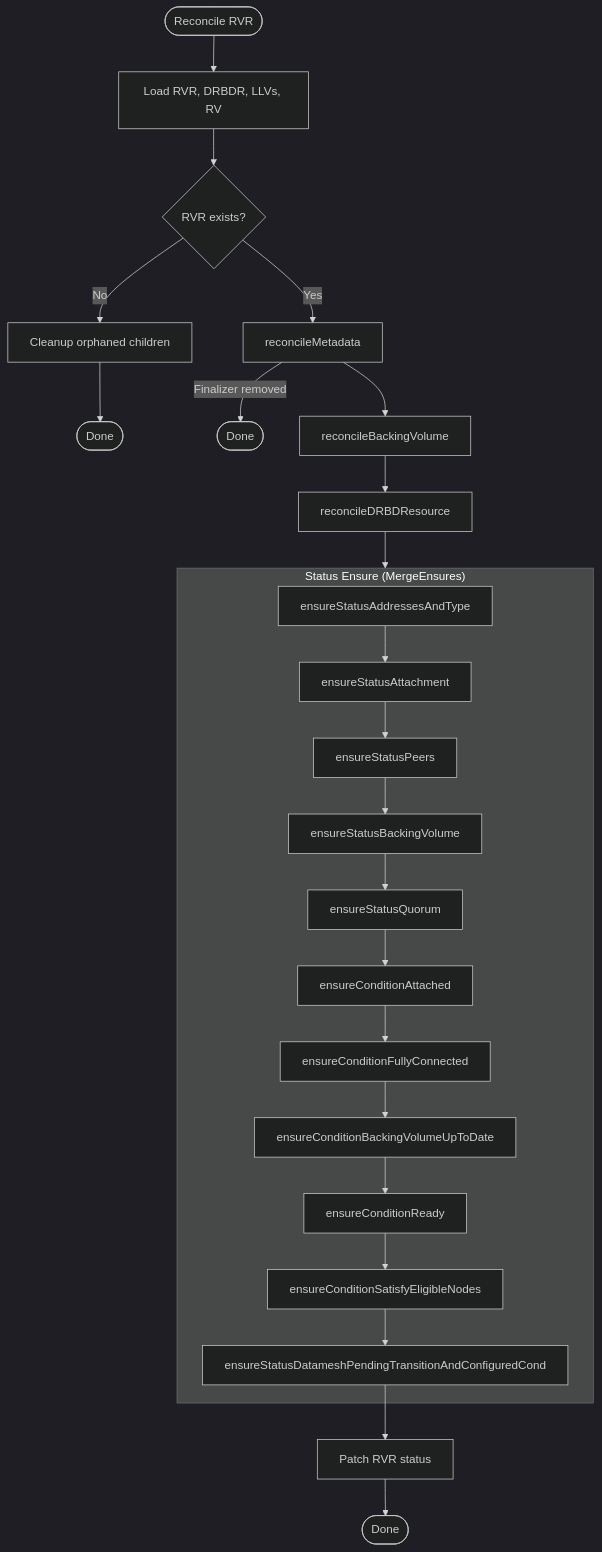
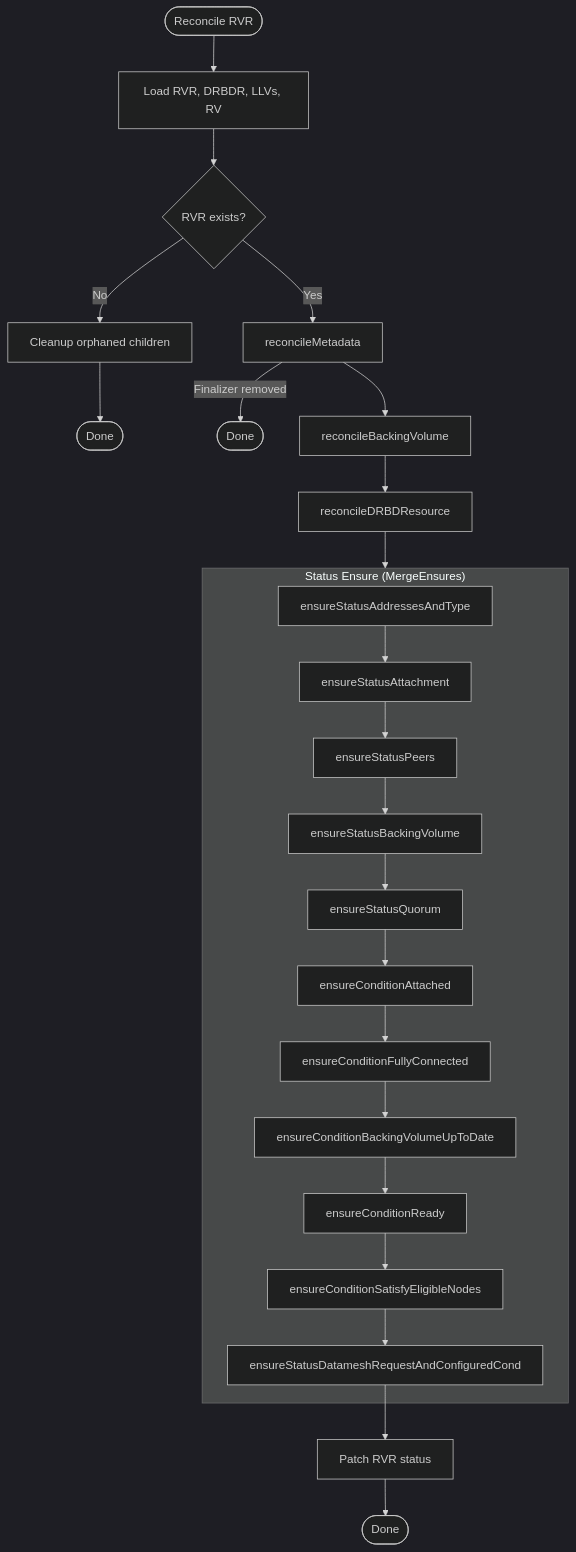
One commit to deckhouse/sds-replicated-volume changed the first of 15 diagrams in images/controller/internal/controllers/rvr_controller/README.md. Above: the diagram before and after it, drawn with Mermaid (dark theme). The commit also changed other lines of this file and 23 other files, not shown here.

First line of the commit message:
[api] Rename datamesh membership request types and introduce Operation enum

````diff
--- a/images/controller/internal/controllers/rvr_controller/README.md
+++ b/images/controller/internal/controllers/rvr_controller/README.md
@@ -127,32 +127,32 @@
 ```mermaid
 flowchart TD
     Start([Reconcile RVR]) --> Load[Load RVR, DRBDR, LLVs, RV]
     Load --> CheckExists{RVR exists?}
 
     CheckExists -->|No| Cleanup[Cleanup orphaned children]
     Cleanup --> Done1([Done])
 
     CheckExists -->|Yes| Meta[reconcileMetadata]
     Meta -->|Finalizer removed| Done2([Done])
     Meta --> BV[reconcileBackingVolume]
     BV --> DRBDR[reconcileDRBDResource]
 
     DRBDR --> StatusBlock
 
     subgraph StatusBlock ["Status Ensure (MergeEnsures)"]
         AddrType[ensureStatusAddressesAndType]
         AddrType --> StatusAttach[ensureStatusAttachment]
         StatusAttach --> Peers[ensureStatusPeers]
         Peers --> BVStatus[ensureStatusBackingVolume]
         BVStatus --> StatusQuorum[ensureStatusQuorum]
         StatusQuorum --> CondAttach[ensureConditionAttached]
         CondAttach --> PeersCond[ensureConditionFullyConnected]
         PeersCond --> BVInSync[ensureConditionBackingVolumeUpToDate]
         BVInSync --> CondReady[ensureConditionReady]
         CondReady --> SEN[ensureConditionSatisfyEligibleNodes]
-        SEN --> DmPendingAndCond[ensureStatusDatameshPendingTransitionAndConfiguredCond]
+        SEN --> DmPendingAndCond[ensureStatusDatameshRequestAndConfiguredCond]
     end
 
     DmPendingAndCond --> Patch[Patch RVR status]
     Patch --> EndNode([Done])
 ```
````
